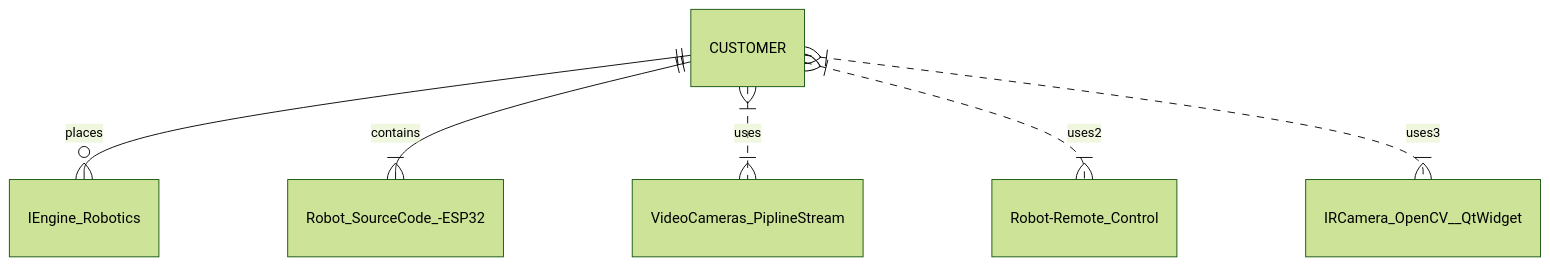
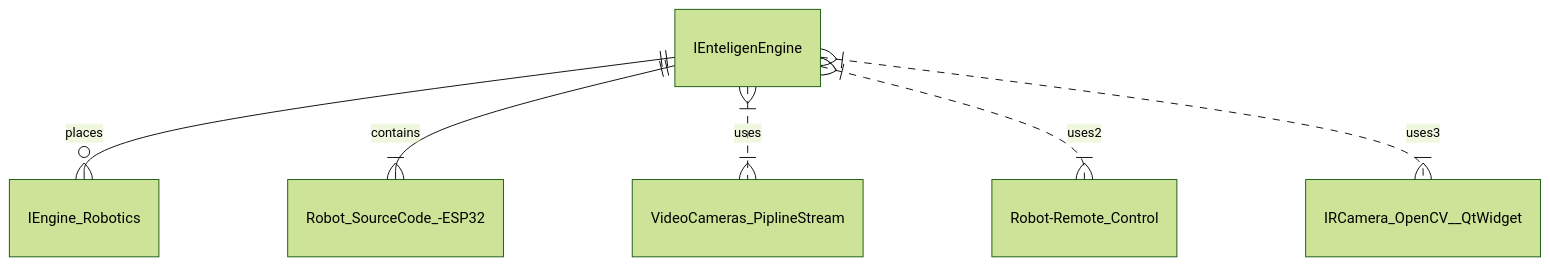
The diagram in README.md (werasaimon/DYNAMIC-RBOBOTICS-SYSTEMS), drawn with Mermaid (forest theme) before and after one commit.

````diff
--- a/README.md
+++ b/README.md
@@ -7,8 +7,8 @@
 ```mermaid
 erDiagram
-    CUSTOMER ||--o{ IEngine_Robotics : places
-    CUSTOMER ||--|{ Robot_SourceCode_-ESP32 : contains
-    CUSTOMER }|..|{ VideoCameras_PiplineStream : uses
-    CUSTOMER }|..|{ Robot-Remote_Control : uses2
-    CUSTOMER }|..|{ IRCamera_OpenCV__QtWidget : uses3
+    IEnteligenEngine ||--o{ IEngine_Robotics : places
+    IEnteligenEngine  ||--|{ Robot_SourceCode_-ESP32 : contains
+    IEnteligenEngine  }|..|{ VideoCameras_PiplineStream : uses
+    IEnteligenEngine  }|..|{ Robot-Remote_Control : uses2
+    IEnteligenEngine  }|..|{ IRCamera_OpenCV__QtWidget : uses3
 ```
````
